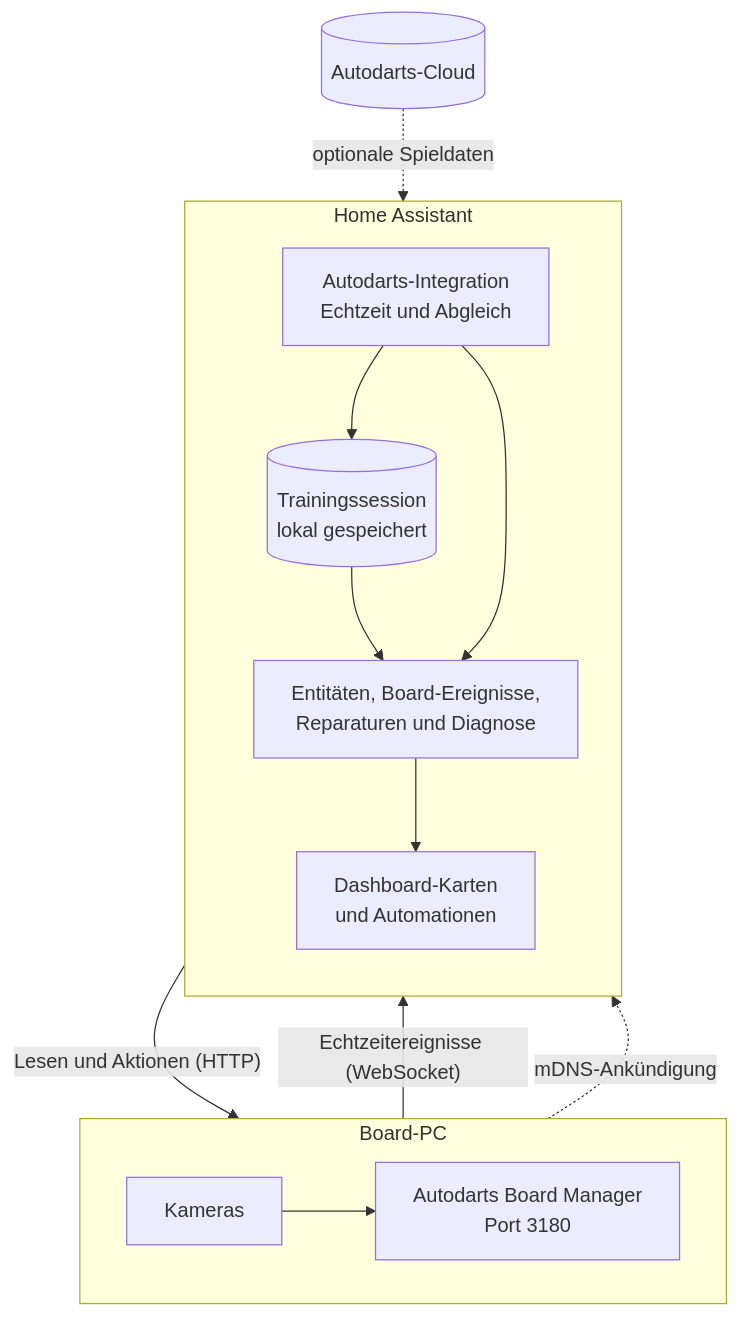
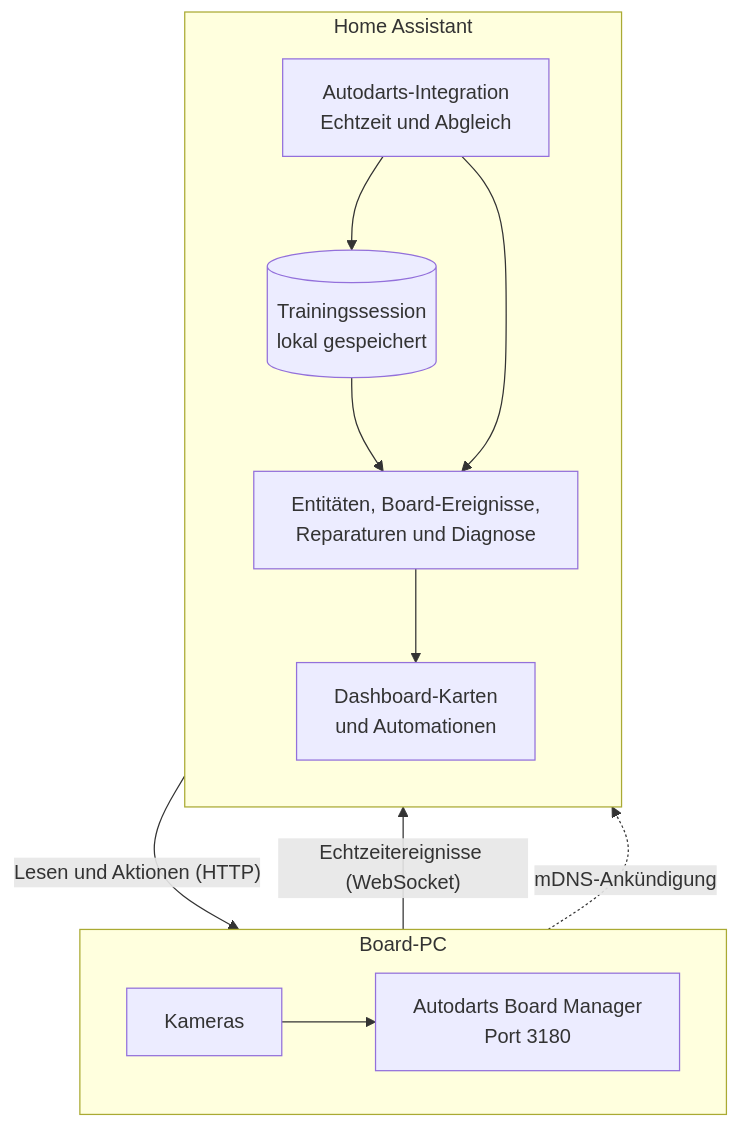
One commit to Dennis-Otto/ha-autodarts changed the diagram in docs/diagrams/architecture.de.mmd. Above: the diagram before and after it, drawn with Mermaid. The commit also changed 97 other files, not shown here.

```diff
--- a/docs/diagrams/architecture.de.mmd
+++ b/docs/diagrams/architecture.de.mmd
@@ -1,21 +1,19 @@
 flowchart TB
   accTitle: Architektur
-  accDescr: Der Board Manager auf dem Board-PC sendet Echtzeitereignisse an die Autodarts-Integration in Home Assistant. Sie liest und steuert das Board per HTTP, speichert die Trainingssession lokal und stellt Entitäten, Board-Ereignisse, Karten und Automationen bereit; die Autodarts-Cloud liefert optional Spieldaten.
+  accDescr: Der Board Manager auf dem Board-PC sendet Echtzeitereignisse an die Autodarts-Integration in Home Assistant. Sie liest und steuert das Board per HTTP, speichert die Trainingssession lokal und stellt Entitäten, Board-Ereignisse, Karten und Automationen bereit.
   subgraph PC["Board-PC"]
     direction LR
     CAM["Kameras"] --> BM["Autodarts Board Manager<br/>Port 3180"]
   end
   subgraph HA["Home Assistant"]
     direction TB
     LC["Autodarts-Integration<br/>Echtzeit und Abgleich"]
     TS[("Trainingssession<br/>lokal gespeichert")]
     ENT["Entitäten, Board-Ereignisse,<br/>Reparaturen und Diagnose"]
     UI["Dashboard-Karten<br/>und Automationen"]
     LC --> TS --> ENT
     LC --> ENT --> UI
   end
-  AD[("Autodarts-Cloud")]
   BM -- "Echtzeitereignisse (WebSocket)" --> LC
   LC -- "Lesen und Aktionen (HTTP)" --> BM
   BM -. "mDNS-Ankündigung" .-> LC
-  AD -. "optionale Spieldaten" .-> ENT
```
